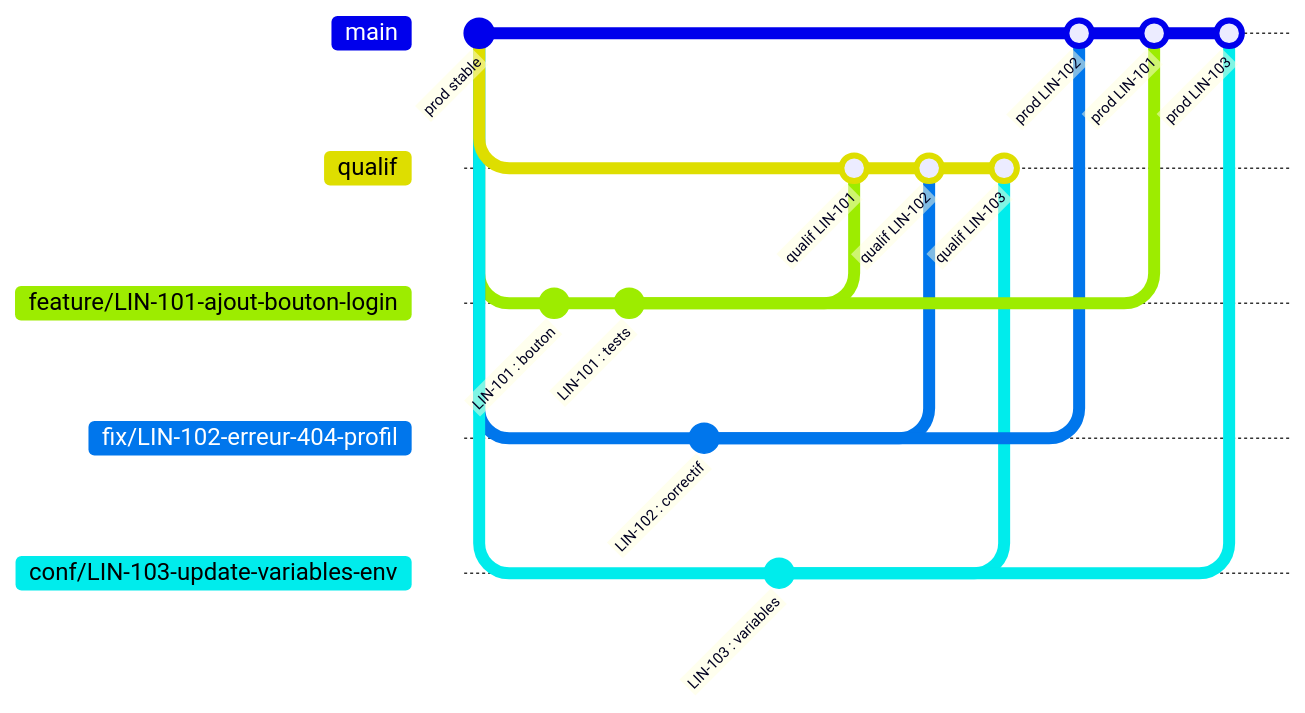
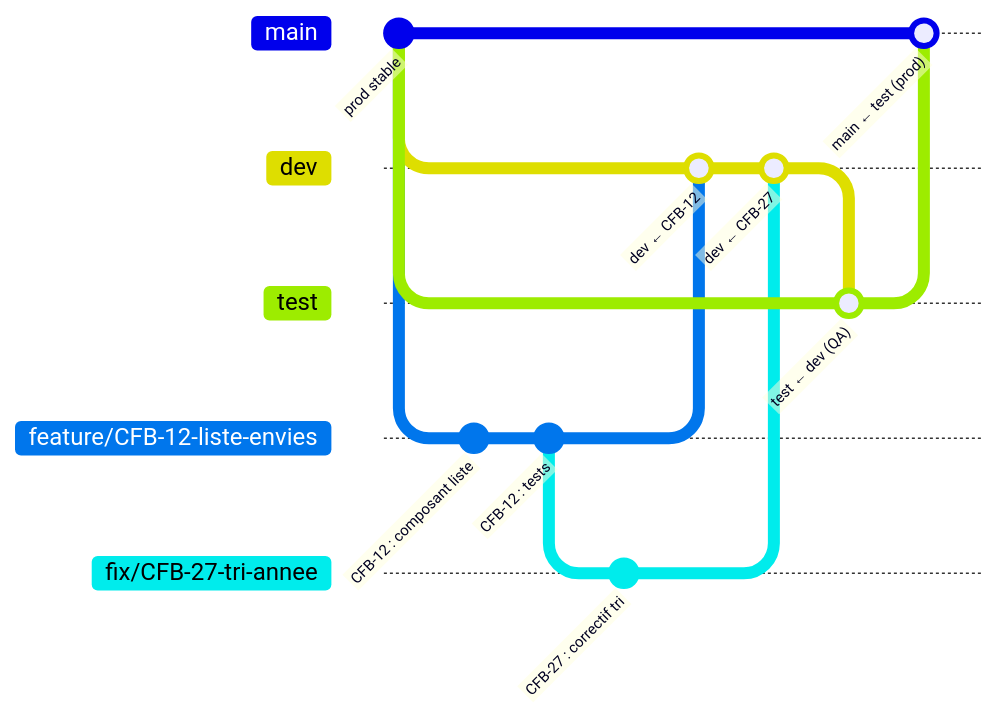
One commit to Thomas-Zabalo/CoordinationFB changed the diagram in CONTRIBUTING.md. Above: the diagram before and after it, drawn with Mermaid. The commit also changed other lines of this file and 60 other files, not shown here.

First line of the commit message:
Chore/cfb ci branch flow (#69)

````diff
--- a/CONTRIBUTING.md
+++ b/CONTRIBUTING.md
@@ -265,23 +255,19 @@
 ```mermaid
 gitGraph
    commit id: "prod stable"
-   branch qualif
+   branch dev
+   branch test
+   checkout dev
+   branch "feature/CFB-12-liste-envies"
+   commit id: "CFB-12 : composant liste"
+   commit id: "CFB-12 : tests"
+   branch "fix/CFB-27-tri-annee"
+   commit id: "CFB-27 : correctif tri"
+   checkout dev
+   merge "feature/CFB-12-liste-envies" id: "dev ← CFB-12"
+   merge "fix/CFB-27-tri-annee" id: "dev ← CFB-27"
+   checkout test
+   merge dev id: "test ← dev (QA)"
    checkout main
-   branch "feature/LIN-101-ajout-bouton-login"
-   commit id: "LIN-101 : bouton"
-   commit id: "LIN-101 : tests"
-   checkout main
-   branch "fix/LIN-102-erreur-404-profil"
-   commit id: "LIN-102 : correctif"
-   checkout main
-   branch "conf/LIN-103-update-variables-env"
-   commit id: "LIN-103 : variables"
-   checkout qualif
-   merge "feature/LIN-101-ajout-bouton-login" id: "qualif LIN-101"
-   merge "fix/LIN-102-erreur-404-profil" id: "qualif LIN-102"
-   merge "conf/LIN-103-update-variables-env" id: "qualif LIN-103"
-   checkout main
-   merge "fix/LIN-102-erreur-404-profil" id: "prod LIN-102"
-   merge "feature/LIN-101-ajout-bouton-login" id: "prod LIN-101"
-   merge "conf/LIN-103-update-variables-env" id: "prod LIN-103"
+   merge test id: "main ← test (prod)"
 ```
````
